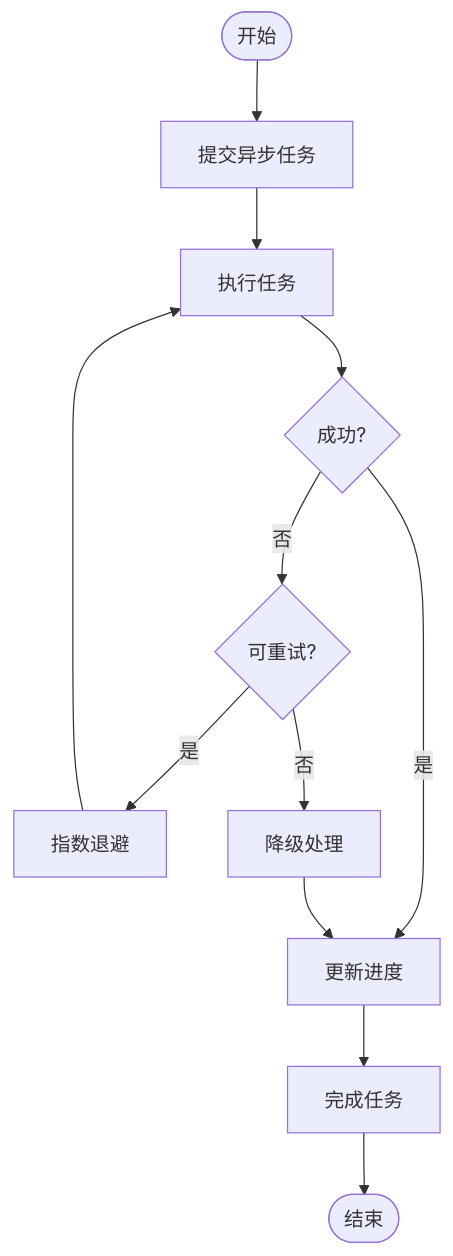
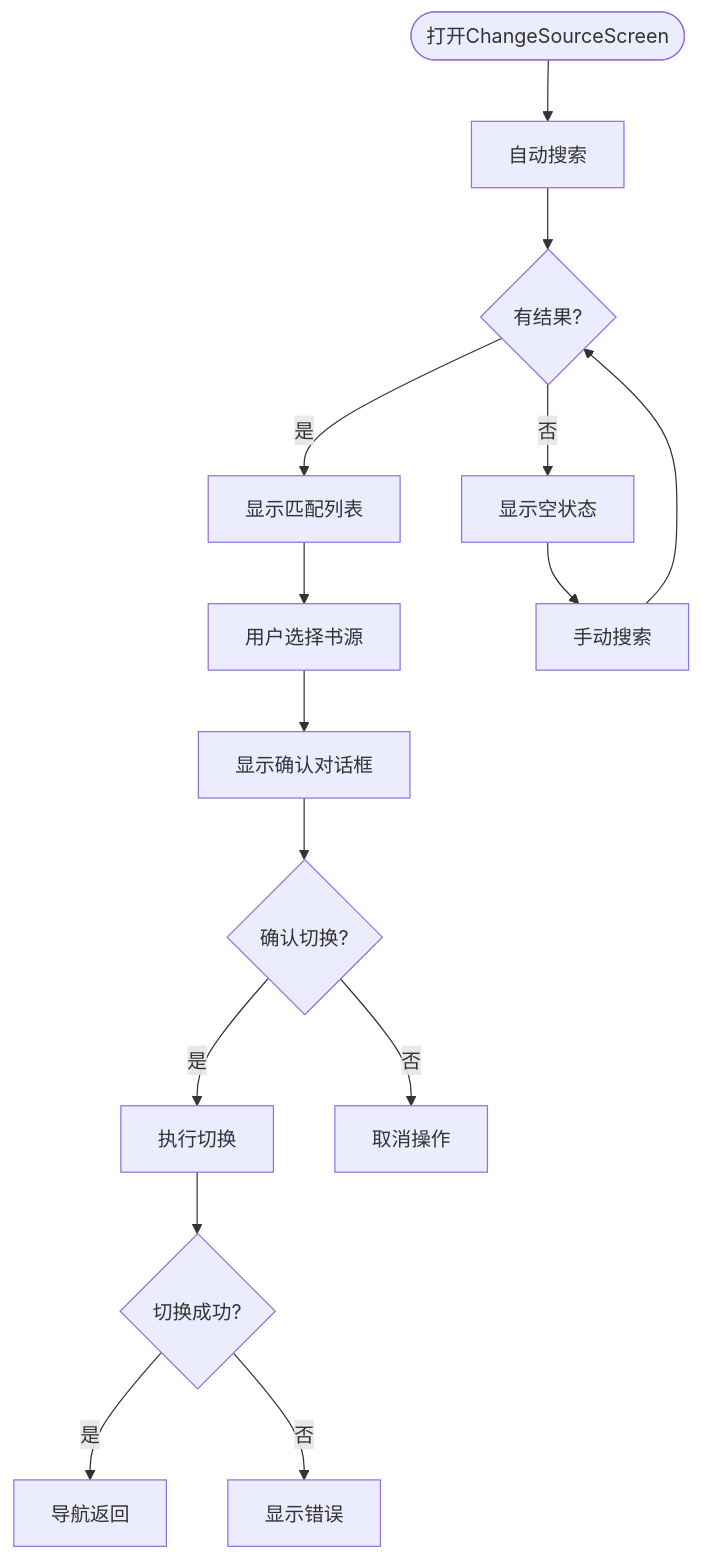
The seventh of 9 diagrams in .qoder/repowiki/zh/content/Flutter跨平台应用/状态管理/源Provider/源Provider.md (ZhangGHGitHub/LegadoTeamFlutter), drawn with Mermaid before and after one commit. The commit also changed other lines of this file and 173 other files, not shown here.

````diff
--- a/.qoder/repowiki/zh/content/Flutter跨平台应用/状态管理/源Provider/源Provider.md
+++ b/.qoder/repowiki/zh/content/Flutter跨平台应用/状态管理/源Provider/源Provider.md
@@ -321,14 +368,17 @@
 ```mermaid
 flowchart TD
-Start(["开始"]) --> AsyncTask["提交异步任务"]
-AsyncTask --> Execute["执行任务"]
-Execute --> Success{"成功?"}
-Success --> |是| Progress["更新进度"]
-Success --> |否| Retry{"可重试?"}
-Retry --> |是| Backoff["指数退避"]
-Retry --> |否| Fallback["降级处理"]
-Backoff --> Execute
-Fallback --> Progress
-Progress --> Complete["完成任务"]
-Complete --> End(["结束"])
+Start(["打开ChangeSourceScreen"]) --> AutoSearch["自动搜索"]
+AutoSearch --> DisplayResults{"有结果?"}
+DisplayResults --> |是| ShowList["显示匹配列表"]
+DisplayResults --> |否| ShowEmpty["显示空状态"]
+ShowList --> UserSelect["用户选择书源"]
+UserSelect --> ConfirmDialog["显示确认对话框"]
+ConfirmDialog --> Confirmed{"确认切换?"}
+Confirmed --> |是| ApplySource["执行切换"]
+ApplySource --> Success{"切换成功?"}
+Success --> |是| NavigateBack["导航返回"]
+Success --> |否| ShowError["显示错误"]
+Confirmed --> |否| Cancel["取消操作"]
+ShowEmpty --> ManualSearch["手动搜索"]
+ManualSearch --> DisplayResults
 ```
````
